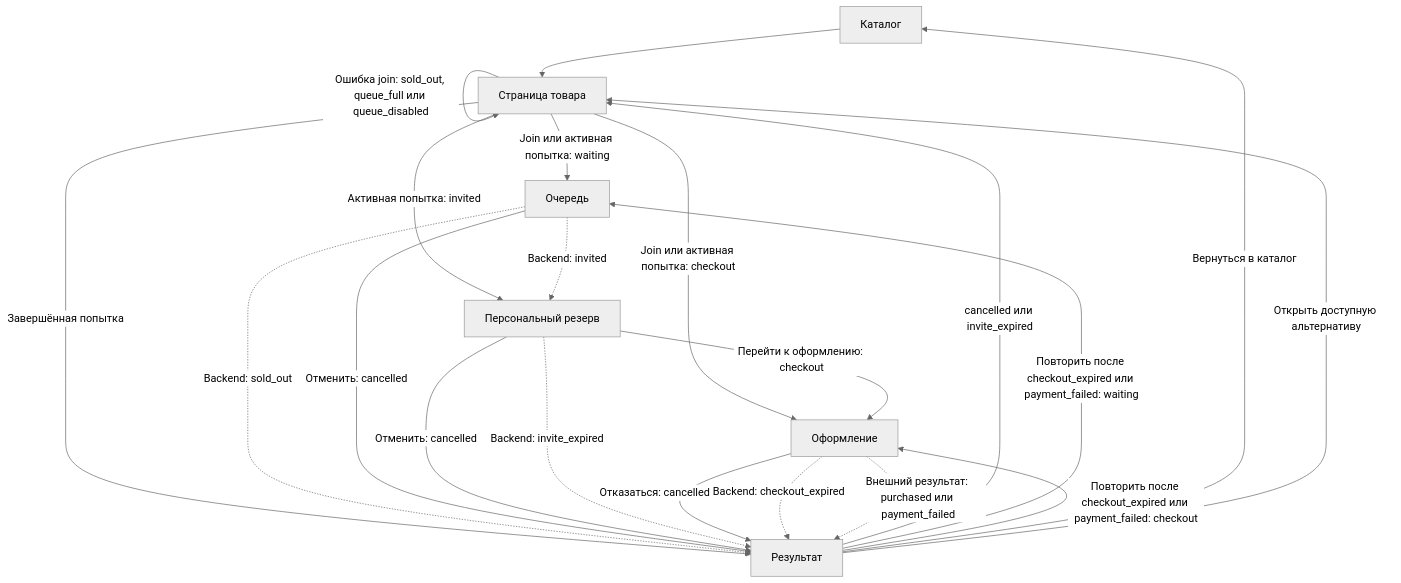
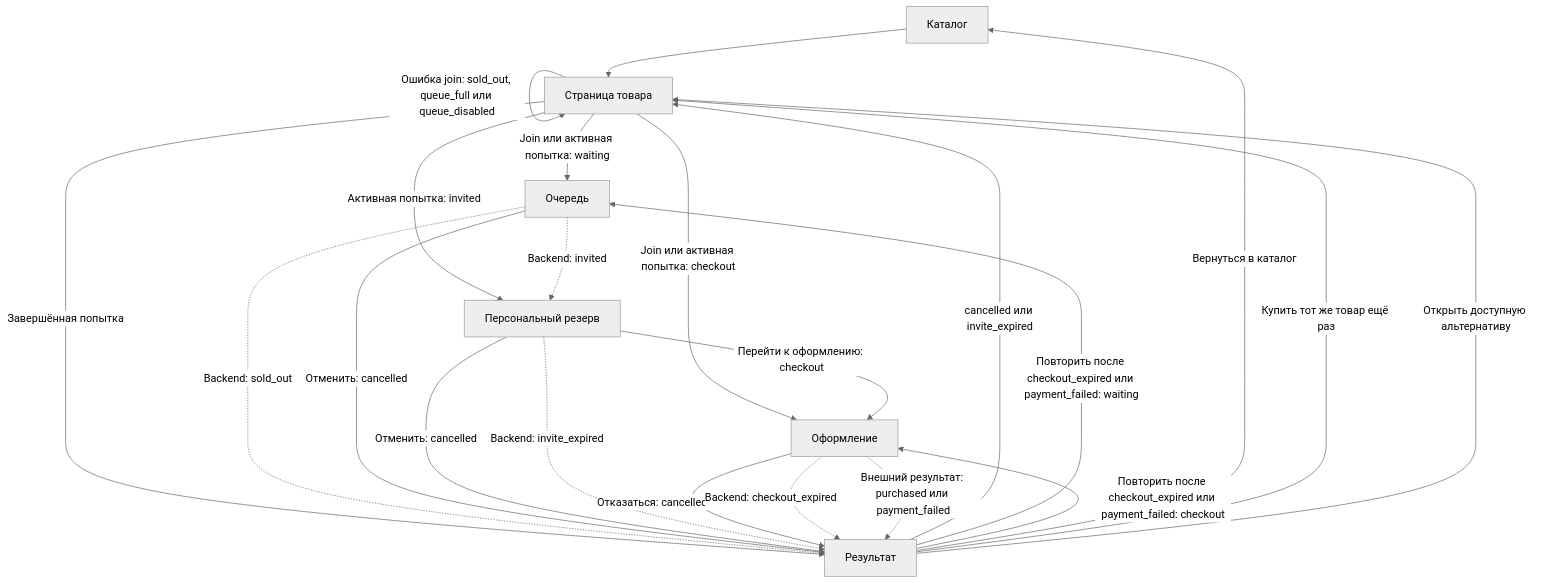
One commit to Woolfer0097/GoodQueue changed the first of 3 diagrams in frontend/README.md. Above: the diagram before and after it, drawn with Mermaid (neutral theme). The commit also changed other lines of this file and 15 other files, not shown here.

````diff
--- a/frontend/README.md
+++ b/frontend/README.md
@@ -207,27 +207,28 @@
 ```mermaid
 flowchart TD
     C[Каталог] --> P[Страница товара]
     P -->|Join или активная попытка: waiting| W[Очередь]
     P -->|Join или активная попытка: checkout| H[Оформление]
     P -->|Активная попытка: invited| I[Персональный резерв]
     P -->|Завершённая попытка| R[Результат]
     P -->|Ошибка join: sold_out, queue_full или queue_disabled| P
 
     W -.->|Backend: invited| I
     W -.->|Backend: sold_out| R
     W -->|Отменить: cancelled| R
 
     I -->|Перейти к оформлению: checkout| H
     I -->|Отменить: cancelled| R
     I -.->|Backend: invite_expired| R
 
     H -->|Отказаться: cancelled| R
     H -.->|Backend: checkout_expired| R
     H -.->|Внешний результат: purchased или payment_failed| R
 
     R -->|cancelled или invite_expired| P
     R -->|Повторить после checkout_expired или payment_failed: waiting| W
     R -->|Повторить после checkout_expired или payment_failed: checkout| H
     R -->|Вернуться в каталог| C
+    R -->|Купить тот же товар ещё раз| P
     R -->|Открыть доступную альтернативу| P
 ```
````
